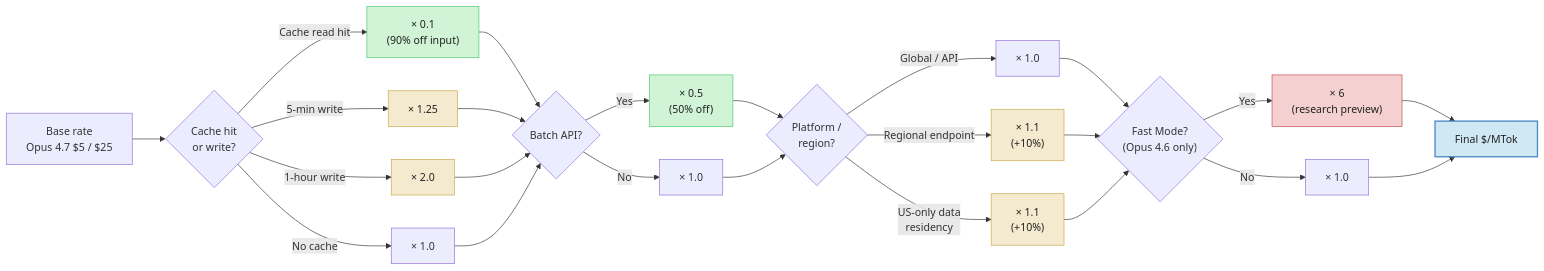
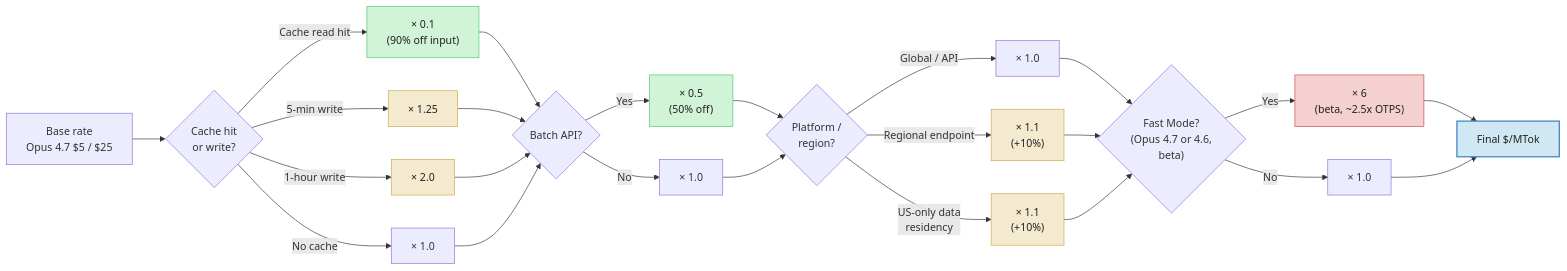
One commit to Sagargupta16/claude-cost-optimizer changed the fifth of 5 diagrams in guides/diagrams.md. Above: the diagram before and after it, drawn with Mermaid. The commit also changed other lines of this file and 11 other files, not shown here.

First line of the commit message:
fix: refresh pricing, Fast Mode scope, retirement dates (2026-05-22) (#28)

````diff
--- a/guides/diagrams.md
+++ b/guides/diagrams.md
@@ -202,44 +206,44 @@
 ```mermaid
 flowchart LR
     base["Base rate<br/>Opus 4.7 $5 / $25"] --> cache{"Cache hit<br/>or write?"}
 
     cache -- "Cache read hit" --> cacheRead["× 0.1<br/>(90% off input)"]
     cache -- "5-min write" --> write5m["× 1.25"]
     cache -- "1-hour write" --> write1h["× 2.0"]
     cache -- "No cache" --> normal["× 1.0"]
 
     cacheRead --> batch{"Batch API?"}
     write5m --> batch
     write1h --> batch
     normal --> batch
 
     batch -- "Yes" --> batchYes["× 0.5<br/>(50% off)"]
     batch -- "No" --> batchNo["× 1.0"]
 
     batchYes --> region{"Platform /<br/>region?"}
     batchNo --> region
 
     region -- "Global / API" --> regGlobal["× 1.0"]
     region -- "Regional endpoint" --> regRegional["× 1.1<br/>(+10%)"]
     region -- "US-only data<br/>residency" --> regData["× 1.1<br/>(+10%)"]
 
-    regGlobal --> fast{"Fast Mode?<br/>(Opus 4.6 only)"}
+    regGlobal --> fast{"Fast Mode?<br/>(Opus 4.7 or 4.6,<br/>beta)"}
     regRegional --> fast
     regData --> fast
 
-    fast -- "Yes" --> fastYes["× 6<br/>(research preview)"]
+    fast -- "Yes" --> fastYes["× 6<br/>(beta, ~2.5x OTPS)"]
     fast -- "No" --> fastNo["× 1.0"]
 
     fastYes --> final["Final $/MTok"]
     fastNo --> final
 
     classDef discount fill:#d0f4d5,stroke:#4ac96a,color:#222
     classDef premium fill:#f4ead0,stroke:#c9a84a,color:#222
     classDef expensive fill:#f4d0d0,stroke:#c94a4a,color:#222
     classDef result fill:#d0e8f4,stroke:#4a8ac9,stroke-width:2px,color:#222
 
     class cacheRead,batchYes discount
     class write5m,write1h,regRegional,regData premium
     class fastYes expensive
     class final result
 ```
````
